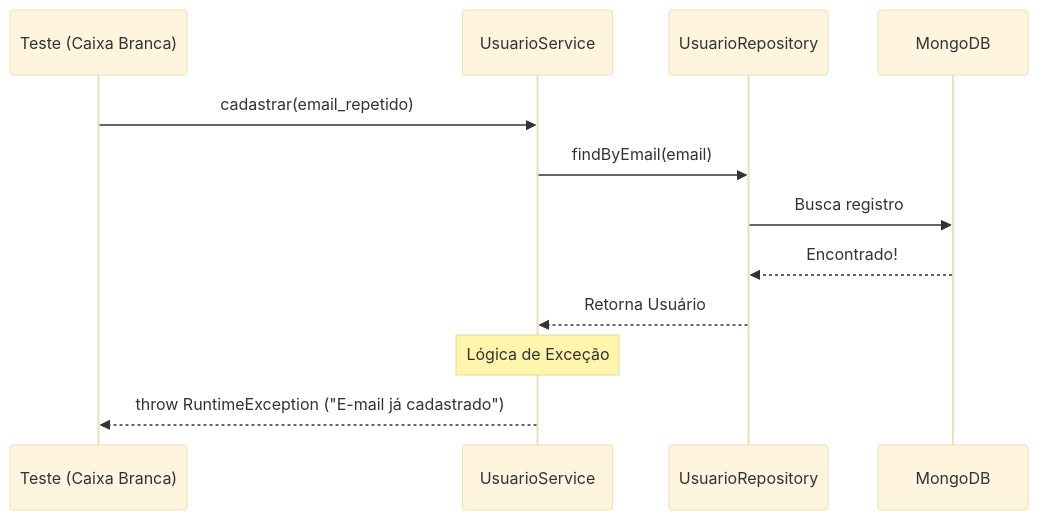
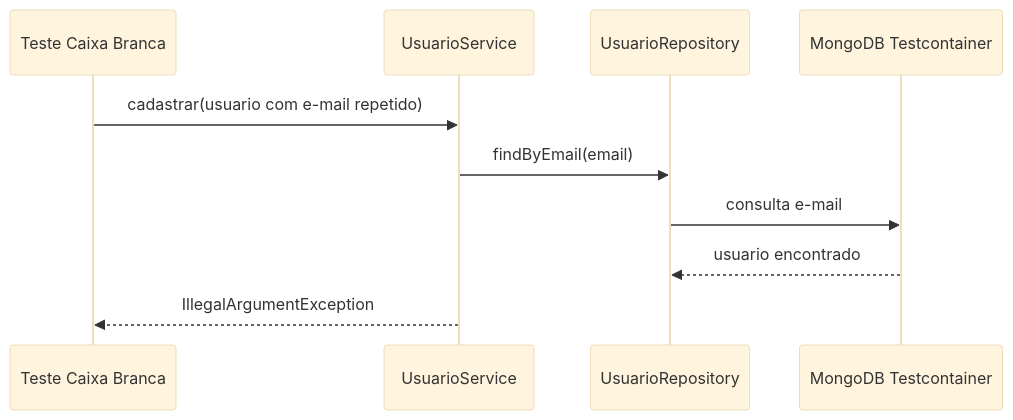
One commit to rafalima1907/gerenciador_bibliotecas changed the second of 5 diagrams in RTM.md. Above: the diagram before and after it, drawn with Mermaid (base theme). The commit also changed other lines of this file and 5 other files, not shown here.

````diff
--- a/RTM.md
+++ b/RTM.md
@@ -29,15 +64,13 @@
 ```mermaid
 sequenceDiagram
-    participant T as Teste (Caixa Branca)
+    participant T as Teste Caixa Branca
     participant S as UsuarioService
     participant R as UsuarioRepository
-    participant DB as MongoDB
+    participant DB as MongoDB Testcontainer
 
-    T->>S: cadastrar(email_repetido)
+    T->>S: cadastrar(usuario com e-mail repetido)
     S->>R: findByEmail(email)
-    R->>DB: Busca registro
-    DB-->>R: Encontrado!
-    R-->>S: Retorna Usuário
-    Note over S: Lógica de Exceção
-    S-->>T: throw RuntimeException ("E-mail já cadastrado")
+    R->>DB: consulta e-mail
+    DB-->>R: usuario encontrado
+    S-->>T: IllegalArgumentException
 ```
````
